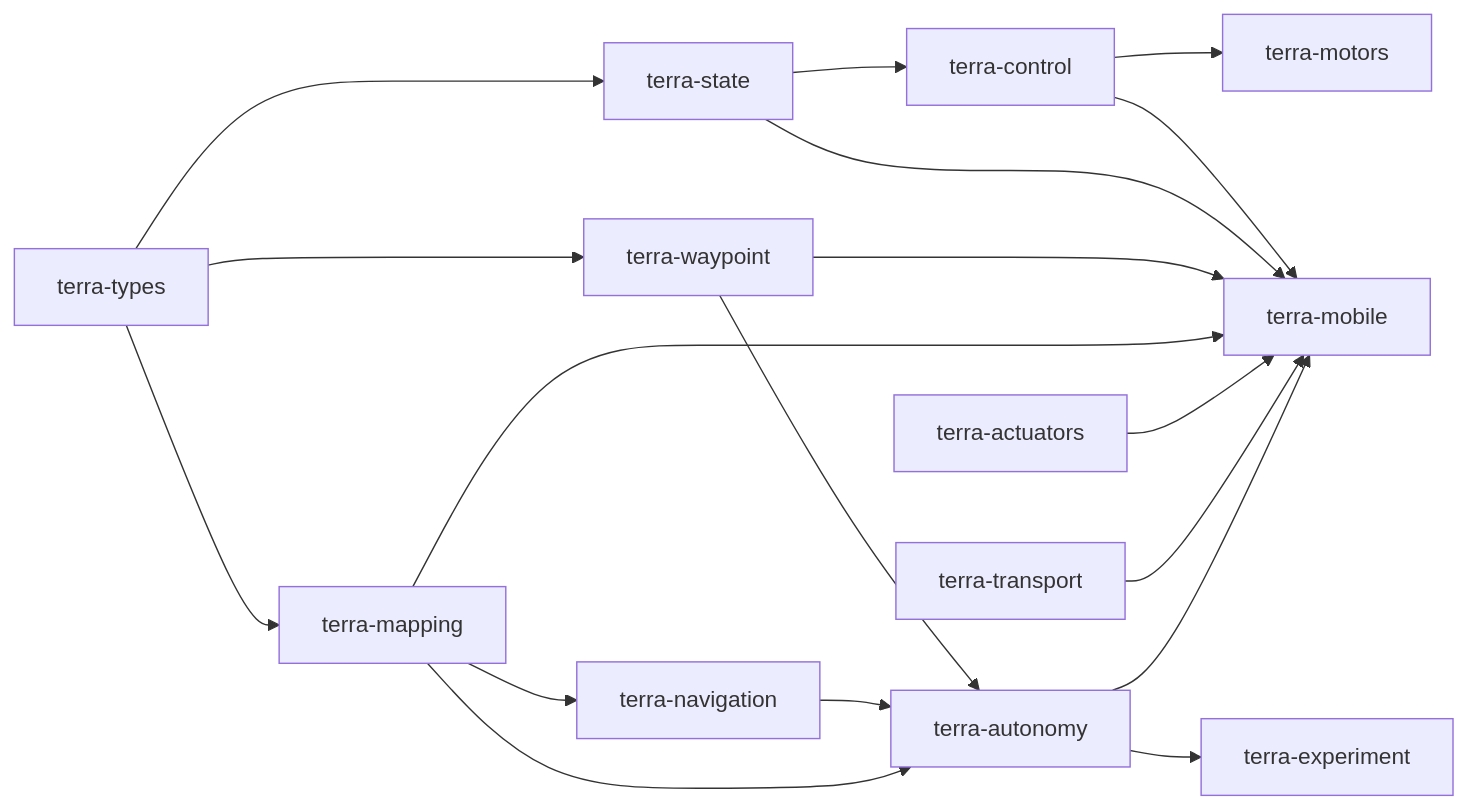
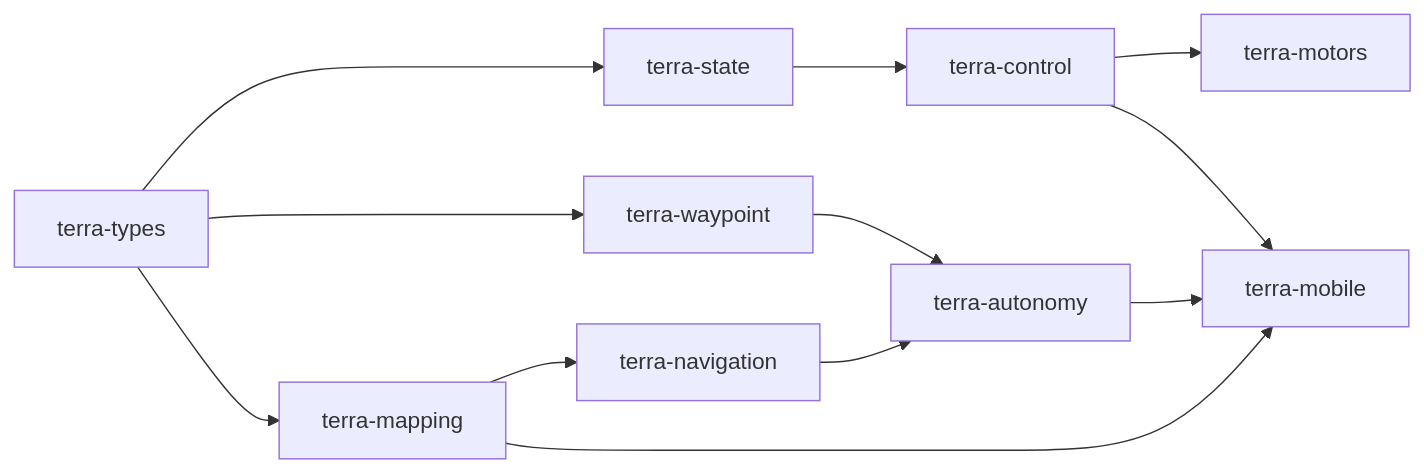
Before and after one commit to Super-Yojan/Terra: the diagram in docs/crates/index.md, drawn with Mermaid. The commit also changed other lines of this file and 55 other files, not shown here.

First line of the commit message:
Make the Terra docs scannable with diagrams and short pages. (#30)

````diff
--- a/docs/crates/index.md
+++ b/docs/crates/index.md
@@ -22,29 +8,14 @@
 ```mermaid
 flowchart LR
-  Types[terra-types]
-  State[terra-state]
-  Control[terra-control]
-  Way[terra-waypoint]
-  Map[terra-mapping]
-  Nav[terra-navigation]
-  Auto[terra-autonomy]
-  Exp[terra-experiment]
-  Motors[terra-motors]
-  Act[terra-actuators]
-  Transport[terra-transport]
-  Mobile[terra-mobile]
-  Types --> State --> Control --> Motors
-  Types --> Way
-  Types --> Map --> Nav
-  Way --> Auto
+  Types[terra-types] --> State[terra-state]
+  State --> Control[terra-control]
+  Control --> Motors[terra-motors]
+  Types --> Way[terra-waypoint]
+  Types --> Map[terra-mapping]
+  Map --> Nav[terra-navigation]
+  Way --> Auto[terra-autonomy]
   Nav --> Auto
-  Map --> Auto
-  Auto --> Exp
+  Auto --> Mobile[terra-mobile]
   Control --> Mobile
-  State --> Mobile
-  Way --> Mobile
   Map --> Mobile
-  Act --> Mobile
-  Transport --> Mobile
-  Auto --> Mobile
 ```
````
